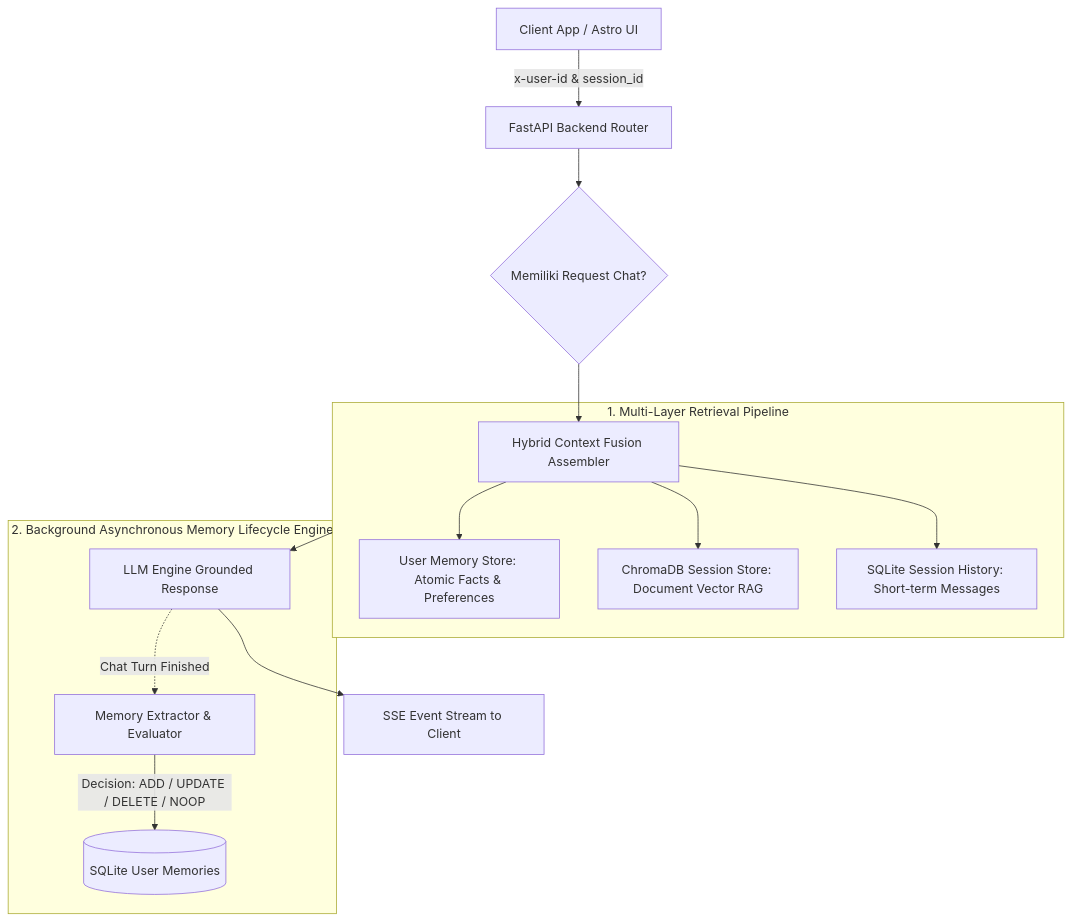
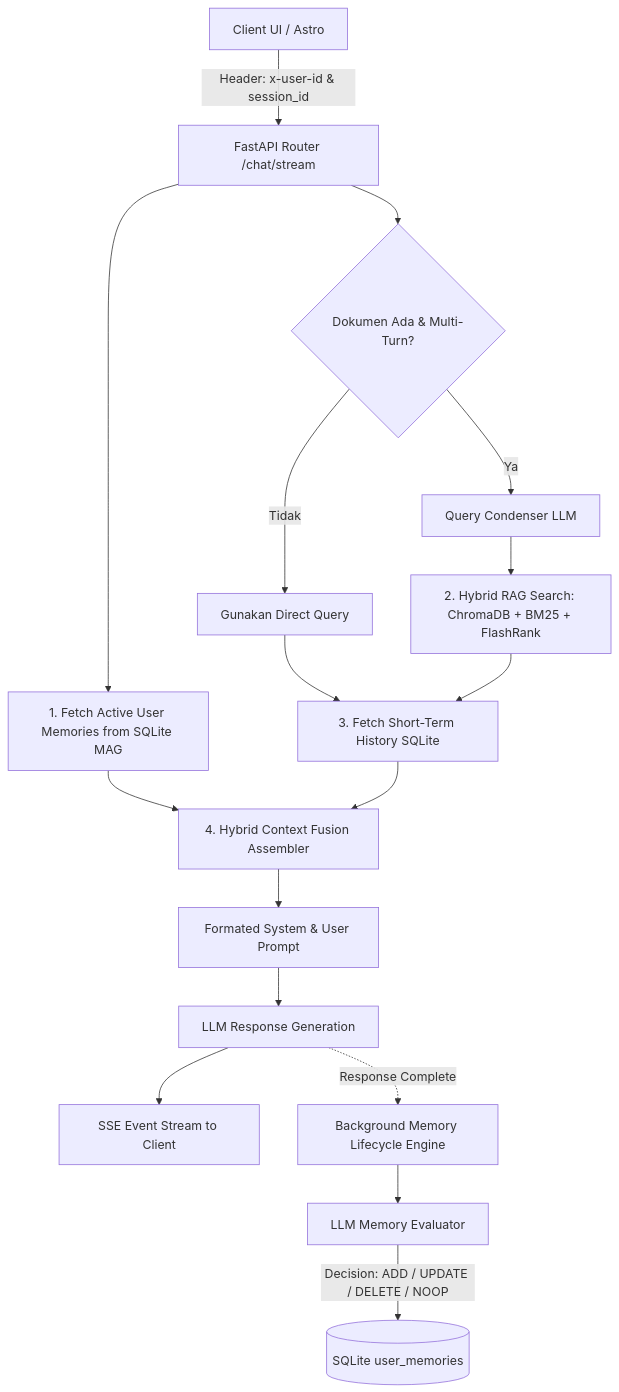
The second of 2 diagrams in docs/memory-architecture.md (projectdummy2025/agentic-resume-project), drawn with Mermaid before and after one commit. The commit also changed other lines of this file, not shown here.

Commit message:
Add comprehensive memory architecture specification and comparison matrix

````diff
--- a/docs/memory-architecture.md
+++ b/docs/memory-architecture.md
@@ -11,21 +56,25 @@
 ```mermaid
 flowchart TD
-    CLIENT[Client App / Astro UI] -- x-user-id & session_id --> API[FastAPI Backend Router]
+    CLIENT[Client UI / Astro] -- Header: x-user-id & session_id --> ROUTER[FastAPI Router /chat/stream]
     
-    API --> ROUTER{Memiliki Request Chat?}
-    ROUTER --> FUSION[Hybrid Context Fusion Assembler]
+    ROUTER --> FETCH_MEM[1. Fetch Active User Memories from SQLite MAG]
+    ROUTER --> CONDENSE{Dokumen Ada & Multi-Turn?}
     
-    subgraph RETRIEVAL ["1. Multi-Layer Retrieval Pipeline"]
-        FUSION --> MEM_GET[User Memory Store: Atomic Facts & Preferences]
-        FUSION --> DOC_GET[ChromaDB Session Store: Document Vector RAG]
-        FUSION --> HIST_GET[SQLite Session History: Short-term Messages]
-    end
+    CONDENSE -- Ya --> REWRITE[Query Condenser LLM]
+    CONDENSE -- Tidak --> PASS[Gunakan Direct Query]
     
-    RETRIEVAL --> LLM[LLM Engine Grounded Response]
+    REWRITE --> RETRIEVE[2. Hybrid RAG Search: ChromaDB + BM25 + FlashRank]
+    PASS --> HIST_FETCH[3. Fetch Short-Term History SQLite]
+    RETRIEVE --> HIST_FETCH
+    
+    FETCH_MEM --> ASSEMBLER[4. Hybrid Context Fusion Assembler]
+    HIST_FETCH --> ASSEMBLER
+    
+    ASSEMBLER --> PROMPT[Formated System & User Prompt]
+    PROMPT --> LLM[LLM Response Generation]
     LLM --> SSE[SSE Event Stream to Client]
     
-    subgraph ASYNC_MEM ["2. Background Asynchronous Memory Lifecycle Engine"]
-        LLM -. Chat Turn Finished .-> EXTRACTOR[Memory Extractor & Evaluator]
-        EXTRACTOR -- Decision: ADD / UPDATE / DELETE / NOOP --> MEM_DB[(SQLite User Memories)]
-    end
+    LLM -. Response Complete .-> BG_WORKER[Background Memory Lifecycle Engine]
+    BG_WORKER --> EVAL[LLM Memory Evaluator]
+    EVAL -- Decision: ADD / UPDATE / DELETE / NOOP --> DB_MEM[(SQLite user_memories)]
 ```
````
